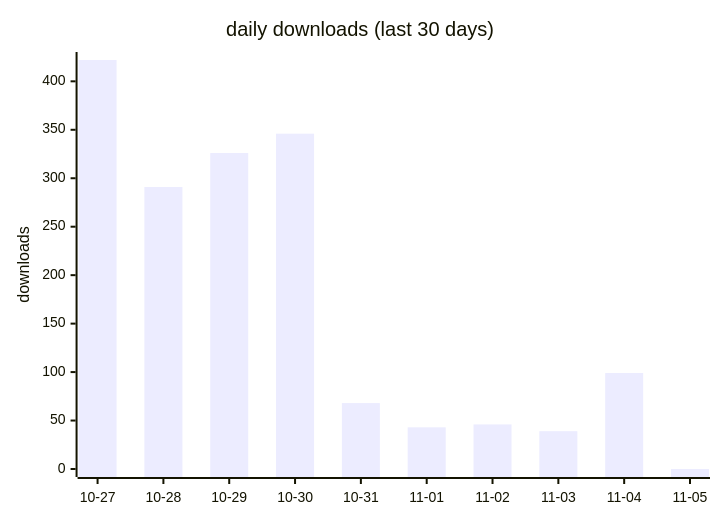
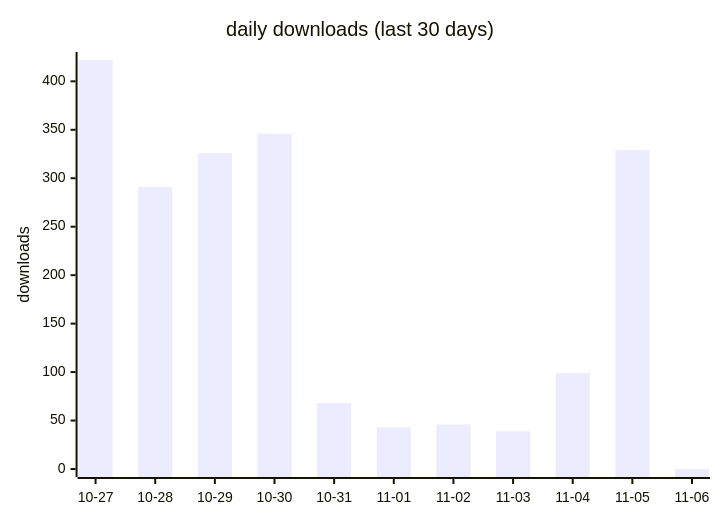
The first of 2 diagrams in docs/downloads-2026.md (terry2010/dsh-loop-recover), drawn with Mermaid before and after one commit. The commit also changed other lines of this file and 1 other file, not shown here.

````diff
--- a/docs/downloads-2026.md
+++ b/docs/downloads-2026.md
@@ -19,7 +19,7 @@
 ```mermaid
 xychart-beta
     title "daily downloads (last 30 days)"
-    x-axis ["10-27", "10-28", "10-29", "10-30", "10-31", "11-01", "11-02", "11-03", "11-04", "11-05"]
+    x-axis ["10-27", "10-28", "10-29", "10-30", "10-31", "11-01", "11-02", "11-03", "11-04", "11-05", "11-06"]
     y-axis "downloads" 0 --> 422
-    bar [422, 291, 326, 346, 68, 43, 46, 39, 99, 0]
+    bar [422, 291, 326, 346, 68, 43, 46, 39, 99, 329, 0]
 ```
````
